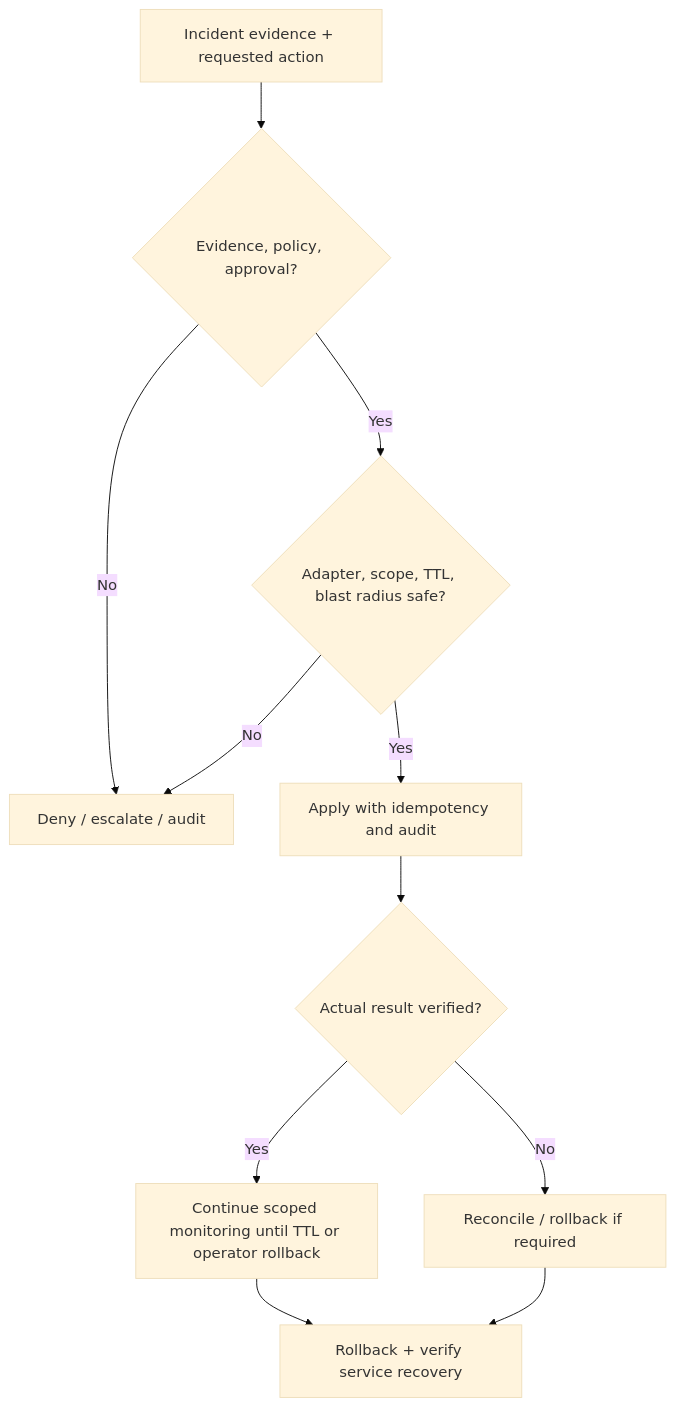
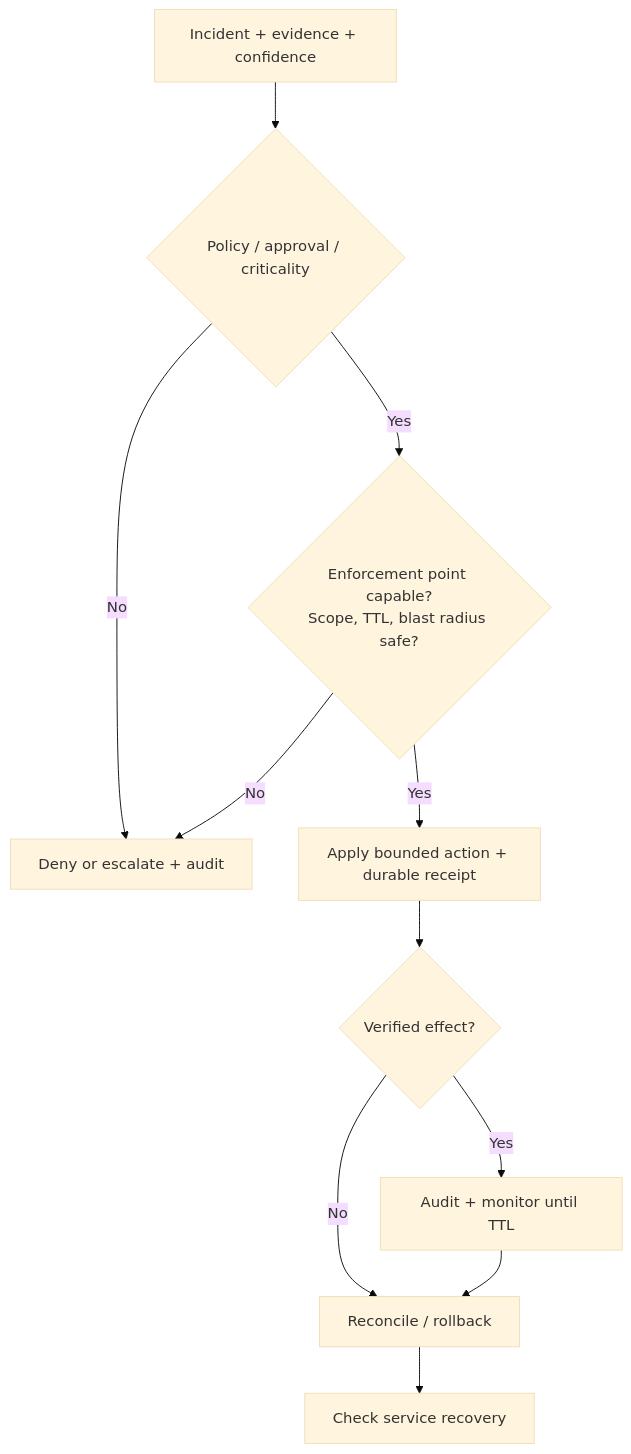
Before and after one commit to Saitanveesh/1: the fourth of 4 diagrams in docs/WORKFLOWS.md, drawn with Mermaid (base theme). The commit also changed other lines of this file and 18 other files, not shown here.

````diff
--- a/docs/WORKFLOWS.md
+++ b/docs/WORKFLOWS.md
@@ -44,13 +57,13 @@
 ```mermaid
 flowchart TD
-  I["Incident evidence + requested action"] --> P{"Evidence, policy, approval?"}
-  P -->|"No"| DENY["Deny / escalate / audit"]
-  P -->|"Yes"| CAP{"Adapter, scope, TTL, blast radius safe?"}
-  CAP -->|"No"| DENY
-  CAP -->|"Yes"| APPLY["Apply with idempotency and audit"]
-  APPLY --> VERIFY{"Actual result verified?"}
-  VERIFY -->|"No"| RECON["Reconcile / rollback if required"]
-  VERIFY -->|"Yes"| TTL["Continue scoped monitoring until TTL or operator rollback"]
-  TTL --> REC["Rollback + verify service recovery"]
-  RECON --> REC
+  EV["Incident + evidence + confidence"] --> PA{"Policy / approval / criticality"}
+  PA -->|No| STOP["Deny or escalate + audit"]
+  PA -->|Yes| CAP{"Enforcement point capable?<br/>Scope, TTL, blast radius safe?"}
+  CAP -->|No| STOP
+  CAP -->|Yes| ACT["Apply bounded action + durable receipt"]
+  ACT --> VER{"Verified effect?"}
+  VER -->|No| REC["Reconcile / rollback"]
+  VER -->|Yes| TTL["Audit + monitor until TTL"]
+  TTL --> REC
+  REC --> HEALTH["Check service recovery"]
 ```
````
